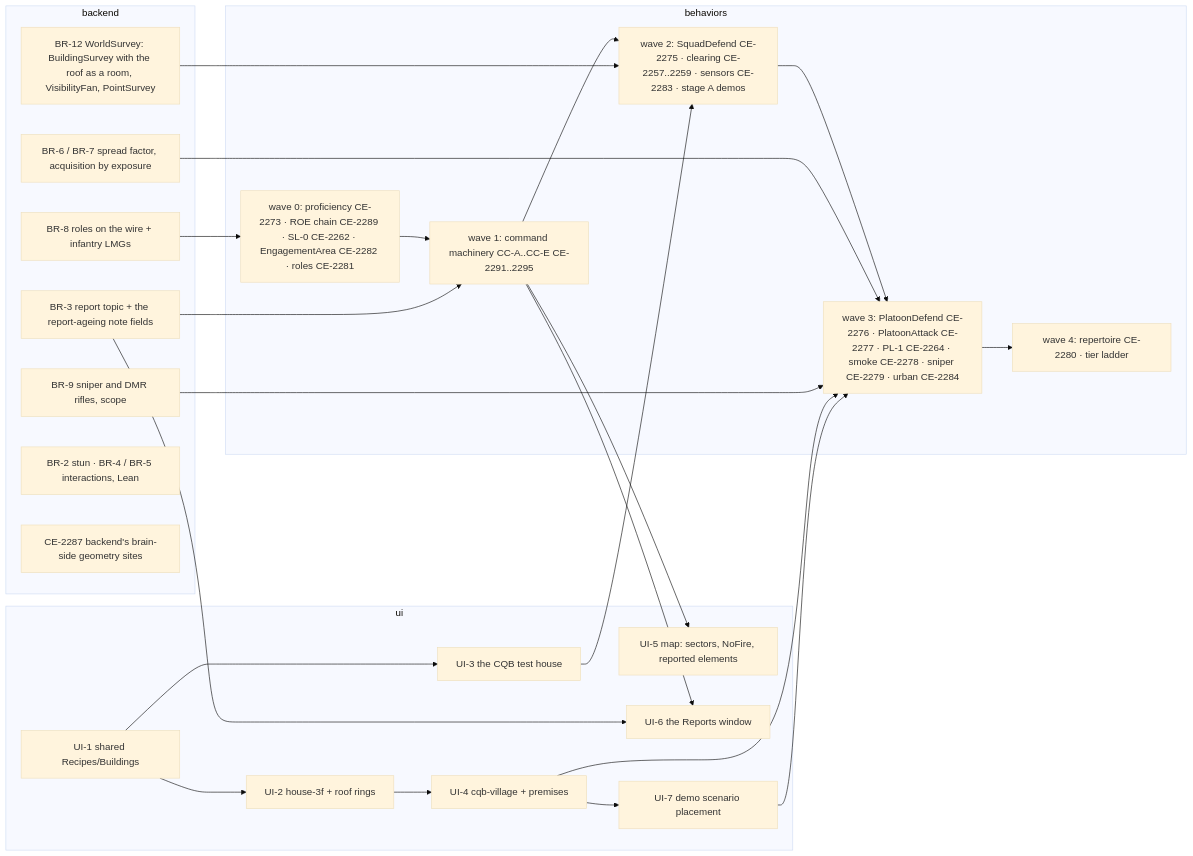
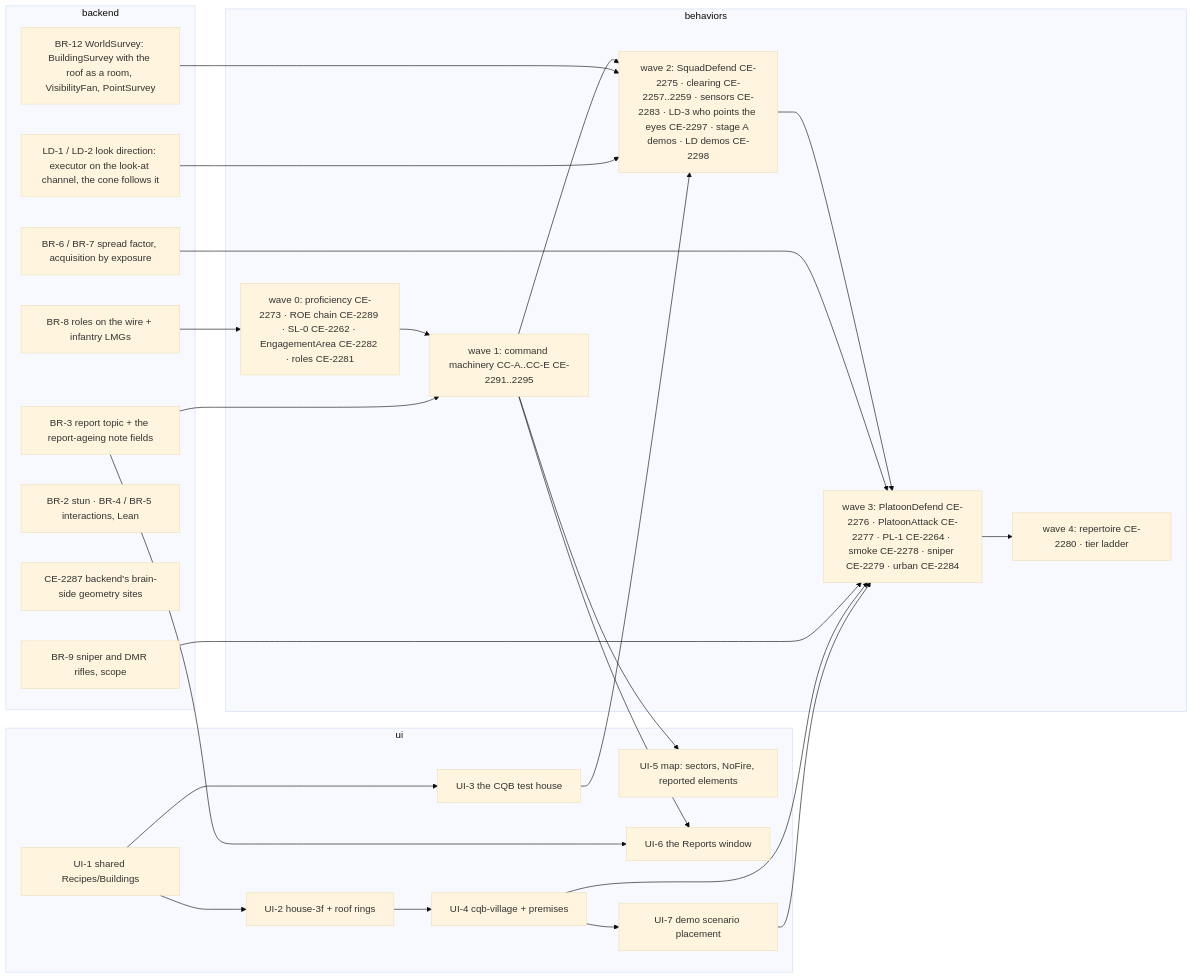
The sixth of 6 diagrams in docs/designs/group-maneuvers/DESIGN_Platoon_Attack_Defend_Clear.md (pjanec/HROT), drawn with Mermaid (base theme) before and after one commit. The commit also changed other lines of this file and 4 other files, not shown here.

First line of the commit message:
docs(look-direction): brought into the platoon programme with its own live demos (R-2048)

````diff
--- a/docs/designs/group-maneuvers/DESIGN_Platoon_Attack_Defend_Clear.md
+++ b/docs/designs/group-maneuvers/DESIGN_Platoon_Attack_Defend_Clear.md
@@ -534,43 +537,45 @@
 ```mermaid
 graph LR
   subgraph backend
     B12[BR-12 WorldSurvey: BuildingSurvey with the roof as a room, VisibilityFan, PointSurvey]
     B3[BR-3 report topic + the report-ageing note fields]
     B67[BR-6 / BR-7 spread factor, acquisition by exposure]
     B8[BR-8 roles on the wire + infantry LMGs]
     B9[BR-9 sniper and DMR rifles, scope]
     B25[BR-2 stun · BR-4 / BR-5 interactions, Lean]
     B87[CE-2287 backend's brain-side geometry sites]
+    BLD[LD-1 / LD-2 look direction: executor on the look-at channel, the cone follows it]
   end
   subgraph ui
     U1[UI-1 shared Recipes/Buildings]
     U2[UI-2 house-3f + roof rings]
     U3[UI-3 the CQB test house]
     U4[UI-4 cqb-village + premises]
     U5[UI-5 map: sectors, NoFire, reported elements]
     U6[UI-6 the Reports window]
     U7[UI-7 demo scenario placement]
   end
   subgraph behaviors
     W0[wave 0: proficiency CE-2273 · ROE chain CE-2289 · SL-0 CE-2262 · EngagementArea CE-2282 · roles CE-2281]
     W1[wave 1: command machinery CC-A..CC-E CE-2291..2295]
-    W2[wave 2: SquadDefend CE-2275 · clearing CE-2257..2259 · sensors CE-2283 · stage A demos]
+    W2[wave 2: SquadDefend CE-2275 · clearing CE-2257..2259 · sensors CE-2283 · LD-3 who points the eyes CE-2297 · stage A demos · LD demos CE-2298]
     W3[wave 3: PlatoonDefend CE-2276 · PlatoonAttack CE-2277 · PL-1 CE-2264 · smoke CE-2278 · sniper CE-2279 · urban CE-2284]
     W4[wave 4: repertoire CE-2280 · tier ladder]
   end
   U1 --> U2 --> U4
   U1 --> U3
   U4 --> U7
   B8 --> W0
   W0 --> W1 --> W2 --> W3 --> W4
   B3 --> W1
   B12 --> W2
   U3 --> W2
   B67 --> W3
   B9 --> W3
   U4 --> W3
   U7 --> W3
   B3 --> U6
   W1 --> U6
   W1 --> U5
+  BLD --> W2
 ```
````
